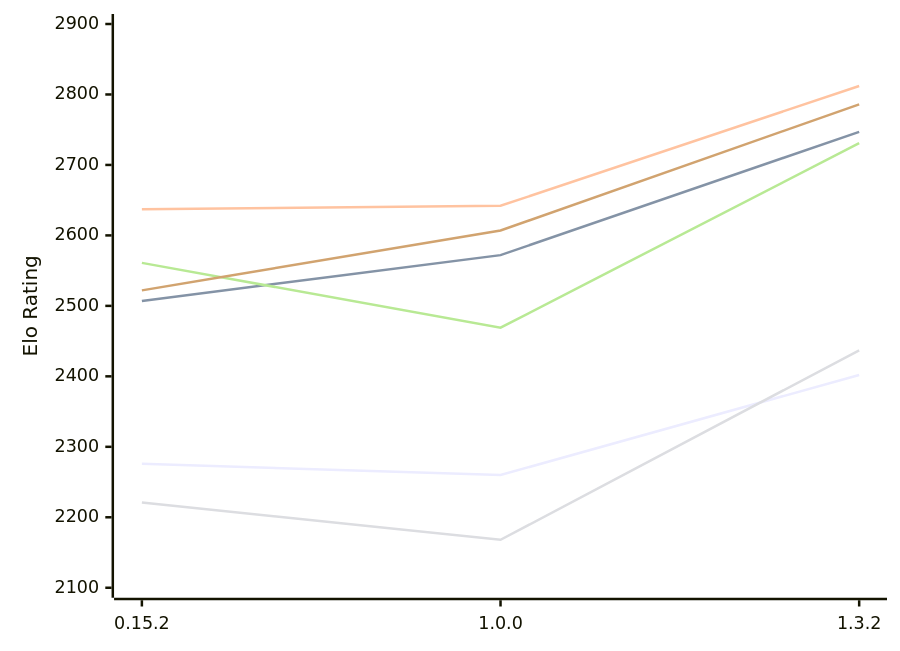
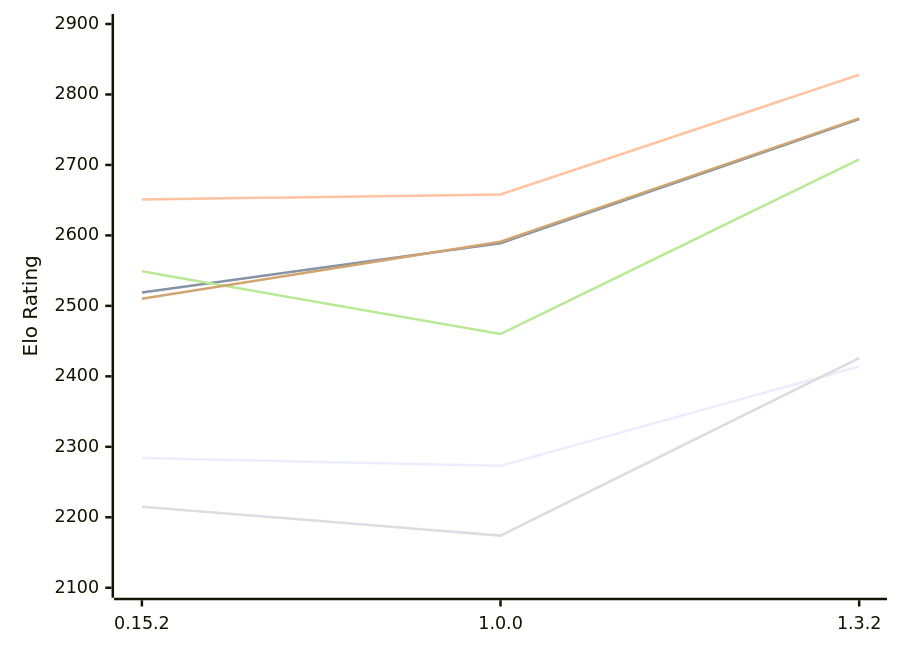
The diagram in engines/ElephantGambit.md (computer-chess-index/cci), drawn with Mermaid before and after one commit. The commit also changed other lines of this file, not shown here.

Commit message:
Update CCI Ratings (ELO VLTC) - 2026-11-14

````diff
--- a/engines/ElephantGambit.md
+++ b/engines/ElephantGambit.md
@@ -52,12 +52,12 @@
 ```mermaid
 %%{init: {"theme":"base","themeVariables":{"seriesColors:['#a3a3a3','#222221','#faa371']}}}%%
 xychart-beta
   x-axis ["0.15.2", "1.0.0", "1.3.2"]
   y-axis "Elo Rating" 2100 --> 2900
-  line "E1: STC (8.0+0.08s)" [2276, 2260, 2402]
-  line "E1: LTC (60.0+0.60s)" [2507, 2572, 2747]
-  line "E1: VLTC (2m24s+1.12s)" [2637, 2642, 2812]
-  line "P1: STC (8.0+0.08s)" [2221, 2168, 2437]
-  line "P1: LTC (60.0+0.60s)" [2561, 2469, 2731]
-  line "P1: VLTC (2m24s+1.12s)" [2522, 2607, 2786]
+  line "E1: STC (8.0+0.08s)" [2284, 2273, 2414]
+  line "E1: LTC (60.0+0.60s)" [2519, 2589, 2765]
+  line "E1: VLTC (2m24s+1.12s)" [2651, 2658, 2828]
+  line "P1: STC (8.0+0.08s)" [2215, 2174, 2426]
+  line "P1: LTC (60.0+0.60s)" [2549, 2460, 2708]
+  line "P1: VLTC (2m24s+1.12s)" [2510, 2591, 2766]
 ```
````
